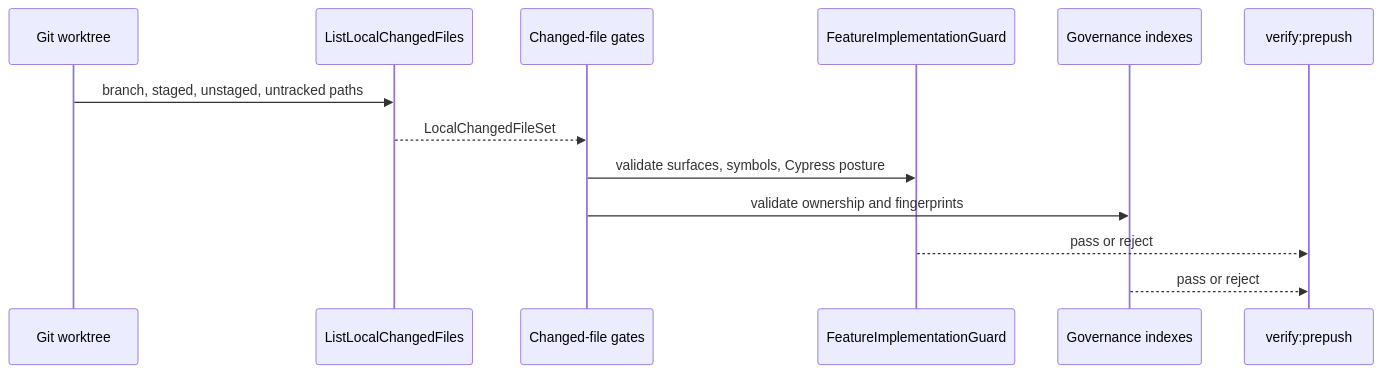
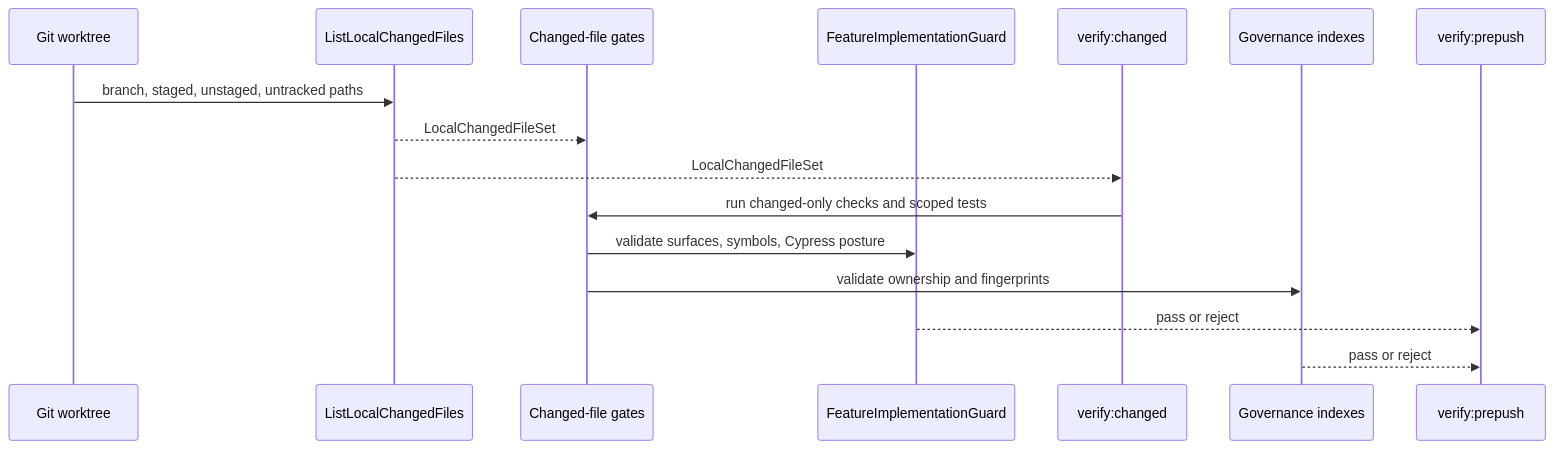
Before and after one commit to dunay2/dvt: the second of 2 diagrams in docs/architecture/components/ci-governance/local-changed-files-gate-component.md, drawn with Mermaid. The commit also changed other lines of this file and 4 other files, not shown here.

````diff
--- a/docs/architecture/components/ci-governance/local-changed-files-gate-component.md
+++ b/docs/architecture/components/ci-governance/local-changed-files-gate-component.md
@@ -109,16 +117,19 @@
 ```mermaid
 sequenceDiagram
     participant Worktree as Git worktree
     participant Query as ListLocalChangedFiles
     participant Gates as Changed-file gates
     participant Feature as FeatureImplementationGuard
+    participant Fast as verify:changed
     participant Governance as Governance indexes
     participant Prepush as verify:prepush
 
     Worktree->>Query: branch, staged, unstaged, untracked paths
     Query-->>Gates: LocalChangedFileSet
+    Query-->>Fast: LocalChangedFileSet
+    Fast->>Gates: run changed-only checks and scoped tests
     Gates->>Feature: validate surfaces, symbols, Cypress posture
     Gates->>Governance: validate ownership and fingerprints
     Feature-->>Prepush: pass or reject
     Governance-->>Prepush: pass or reject
 ```
````
